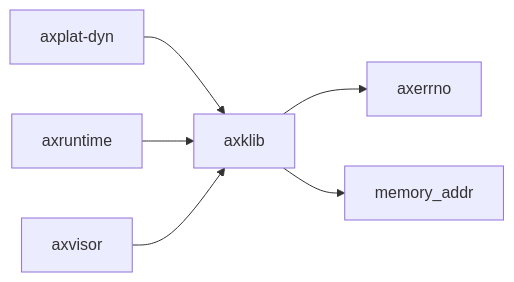
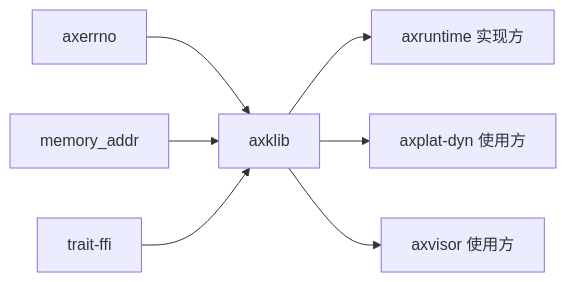
One commit to rcore-os/tgoskits changed the second of 2 diagrams in docs/crates/axklib.md. Above: the diagram before and after it, drawn with Mermaid. The commit also changed other lines of this file and 99 other files, not shown here.

````diff
--- a/docs/crates/axklib.md
+++ b/docs/crates/axklib.md
@@ -32,9 +82,10 @@
 ```mermaid
 graph LR
-    current["axklib"]
-    current --> axerrno["axerrno"]
-    current --> memory_addr["memory_addr"]
-    axplat_dyn["axplat-dyn"] --> current
-    axruntime["axruntime"] --> current
-    axvisor["axvisor"] --> current
+    axerrno["axerrno"] --> axklib["axklib"]
+    memory_addr["memory_addr"] --> axklib
+    trait_ffi["trait-ffi"] --> axklib
+
+    axklib --> axruntime["axruntime 实现方"]
+    axklib --> axplat_dyn["axplat-dyn 使用方"]
+    axklib --> axvisor["axvisor 使用方"]
 ```
````
